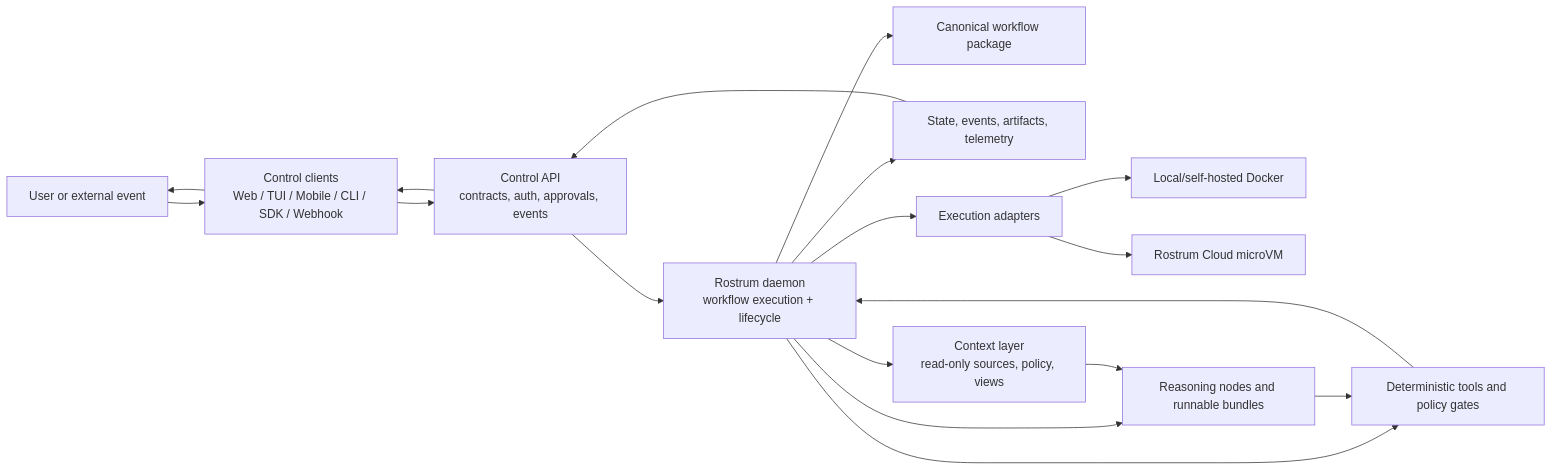
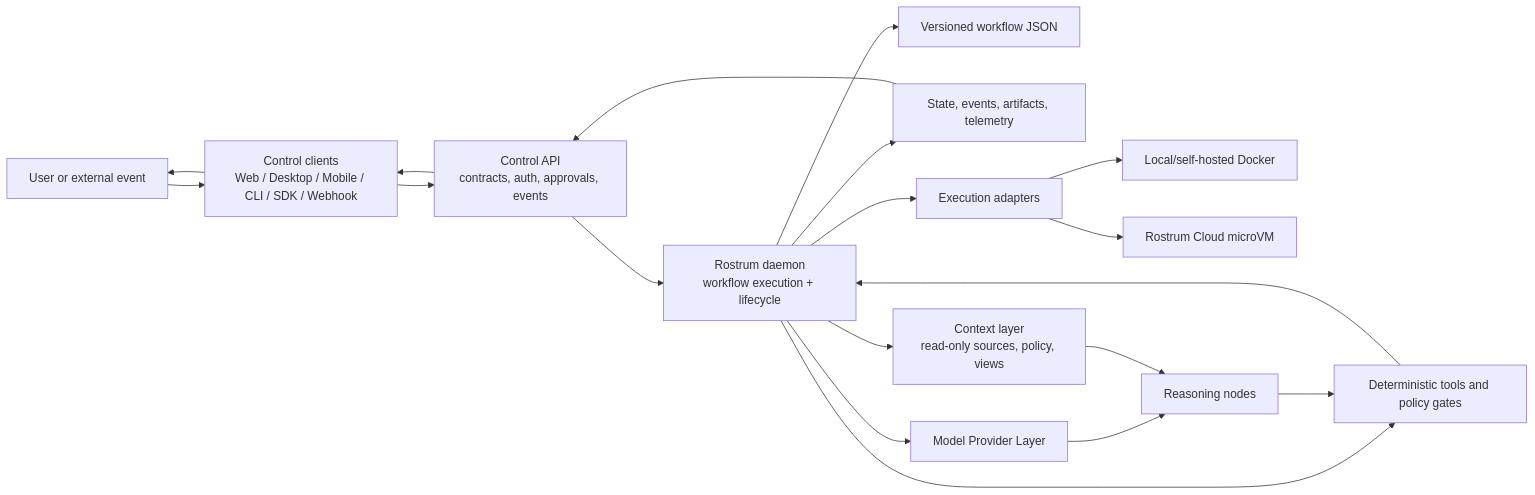
One commit to RostrumAI/rostrum changed the diagram in docs/strategy/rostrum-high-level-build-blueprint.md. Above: the diagram before and after it, drawn with Mermaid. The commit also changed other lines of this file and 50 other files, not shown here.

````diff
--- a/docs/strategy/rostrum-high-level-build-blueprint.md
+++ b/docs/strategy/rostrum-high-level-build-blueprint.md
@@ -260,20 +246,21 @@
 ```mermaid
 flowchart LR
-    U["User or external event"] --> C["Control clients\nWeb / TUI / Mobile / CLI / SDK / Webhook"]
+    U["User or external event"] --> C["Control clients\nWeb / Desktop / Mobile / CLI / SDK / Webhook"]
     C --> A["Control API\ncontracts, auth, approvals, events"]
     A --> D["Rostrum daemon\nworkflow execution + lifecycle"]
-    D --> M["Canonical workflow package"]
+    D --> M["Versioned workflow JSON"]
     D --> S["State, events, artifacts, telemetry"]
     D --> X["Execution adapters"]
     X --> R["Local/self-hosted Docker"]
     X --> V["Rostrum Cloud microVM"]
-    D --> N["Reasoning nodes and runnable bundles"]
+    D --> P["Model Provider Layer"]
+    P --> N["Reasoning nodes"]
     D --> K["Context layer\nread-only sources, policy, views"]
     K --> N
     D --> T["Deterministic tools and policy gates"]
     N --> T
     T --> D
     S --> A
     A --> C
     C --> U
 ```
````
